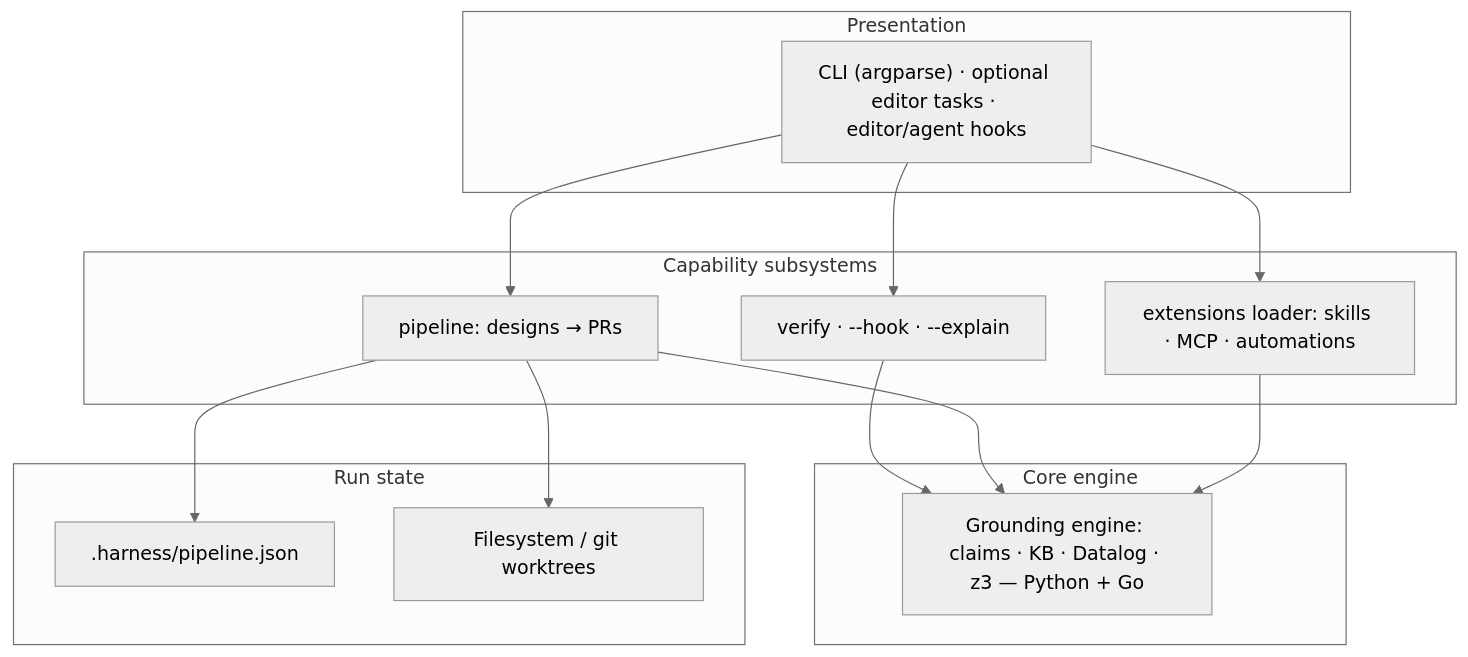
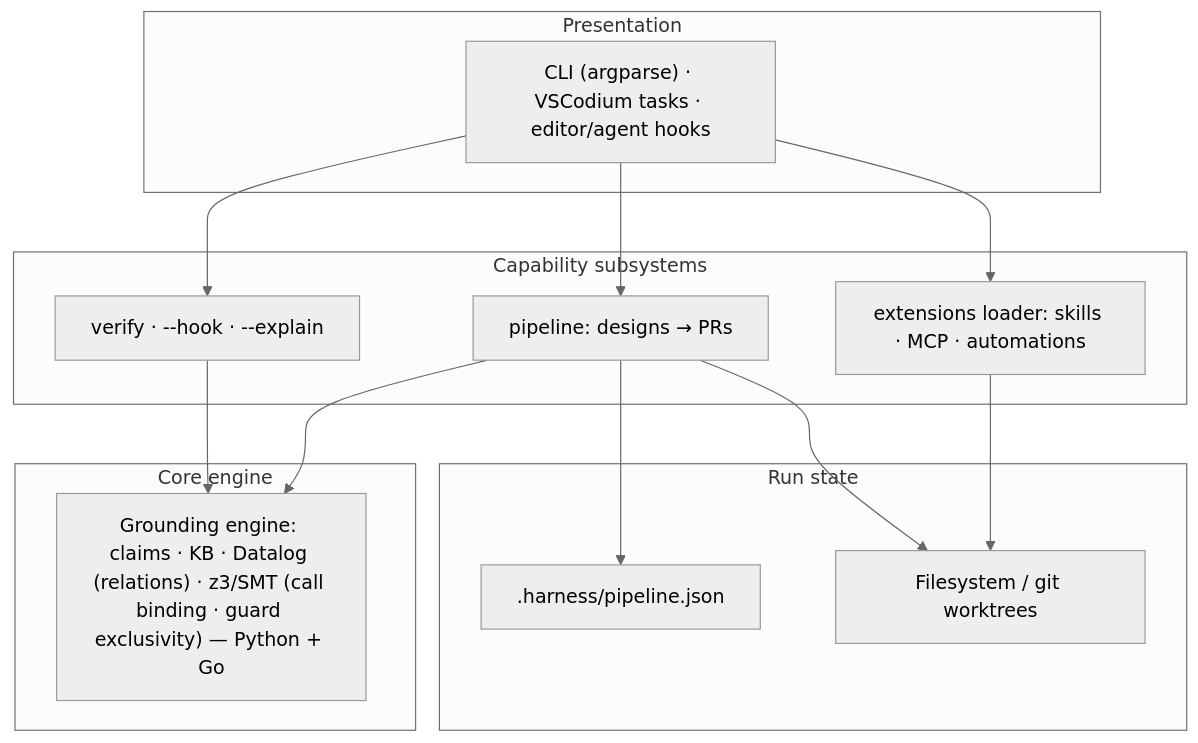
Before and after one commit to cabal19421/harness-oss: the first of 4 diagrams in ARCHITECTURE.md, drawn with Mermaid (neutral theme). The commit also changed other lines of this file and 100 other files, not shown here.

First line of the commit message:
Sync the full upstream feature set; generic agent-CLI backend; AGENTS.md

````diff
--- a/ARCHITECTURE.md
+++ b/ARCHITECTURE.md
@@ -31,23 +31,23 @@
 ```mermaid
 flowchart TB
     subgraph PRES["Presentation"]
-        CLI["CLI (argparse) · optional editor tasks · editor/agent hooks"]
+        CLI["CLI (argparse) · VSCodium tasks · editor/agent hooks"]
     end
     subgraph CAP["Capability subsystems"]
         VERIFY["verify · --hook · --explain"]
         PIPE["pipeline: designs → PRs"]
         EXT["extensions loader: skills · MCP · automations"]
     end
     subgraph CORE["Core engine"]
-        GROUND["Grounding engine: claims · KB · Datalog · z3 — Python + Go"]
+        GROUND["Grounding engine: claims · KB · Datalog (relations) · z3/SMT (call binding · guard exclusivity) — Python + Go"]
     end
     subgraph STATE["Run state"]
         PLAN[".harness/pipeline.json"]
         FS["Filesystem / git worktrees"]
     end
 
     CLI --> VERIFY & PIPE & EXT
     VERIFY --> GROUND
     PIPE --> GROUND & PLAN & FS
-    EXT --> GROUND
+    EXT --> FS
 ```
````
